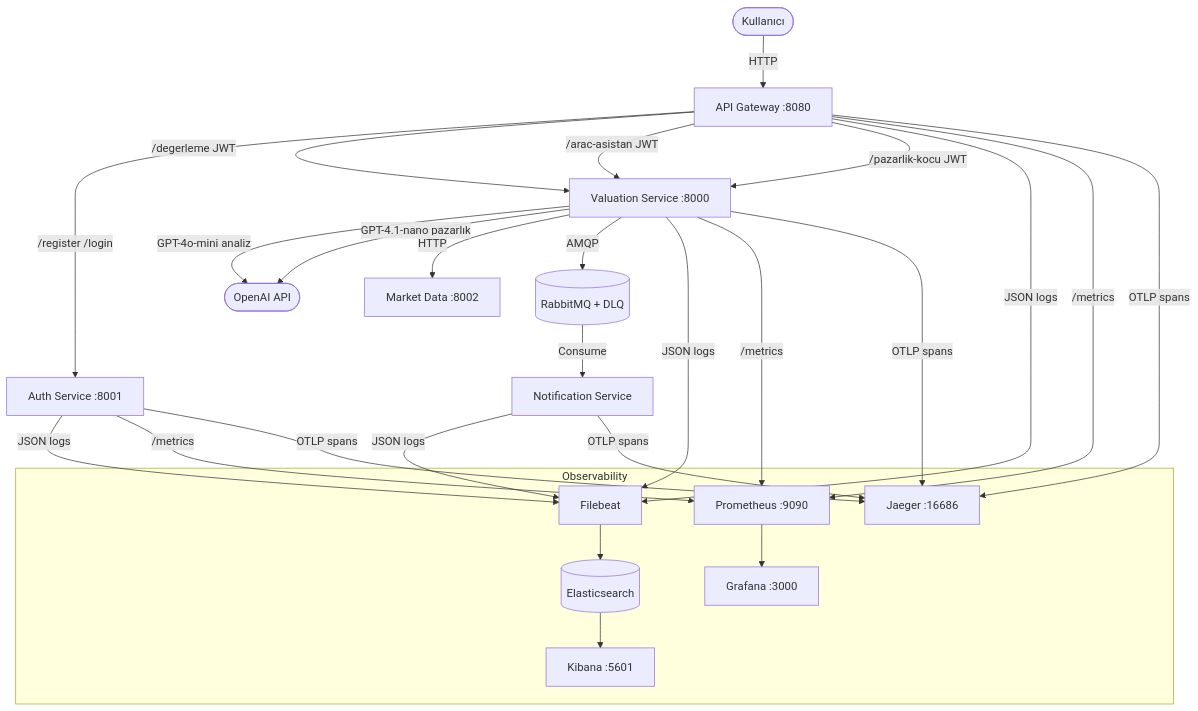
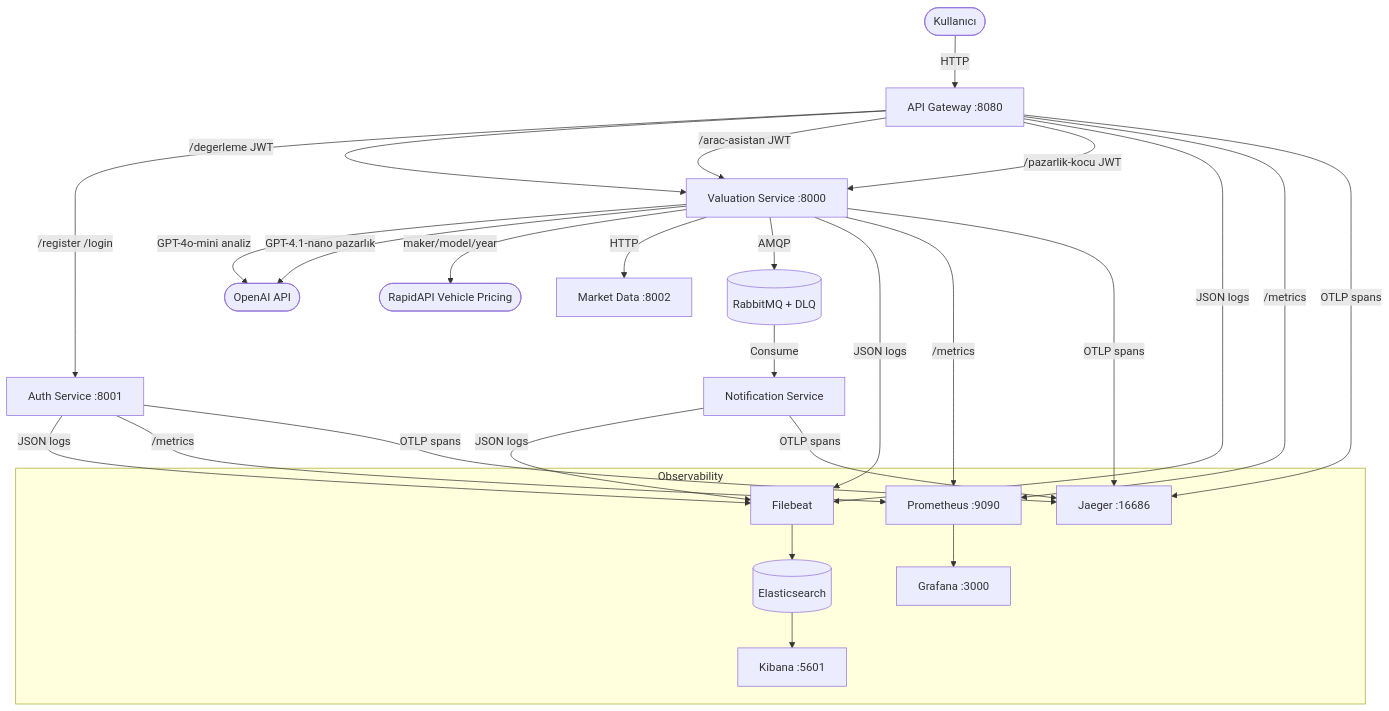
The diagram in README.md (kayracolak/car-valuation-microservice), drawn with Mermaid before and after one commit. The commit also changed other lines of this file, not shown here.

````diff
--- a/README.md
+++ b/README.md
@@ -83,26 +89,27 @@
 ```mermaid
 graph TD
     Client([Kullanıcı]) -->|HTTP| GW[API Gateway :8080]
 
     GW -->|/register /login| Auth[Auth Service :8001]
     GW -->|/degerleme JWT| Val[Valuation Service :8000]
     GW -->|/arac-asistan JWT| Val
     GW -->|/pazarlik-kocu JWT| Val
 
     Val -->|GPT-4o-mini analiz| OAI([OpenAI API])
     Val -->|GPT-4.1-nano pazarlık| OAI
+    Val -->|maker/model/year| RAPI([RapidAPI Vehicle Pricing])
     Val -->|HTTP| MDS[Market Data :8002]
     Val -->|AMQP| MQ[(RabbitMQ + DLQ)]
     MQ -->|Consume| Notif[Notification Service]
 
     subgraph Observability
         Filebeat --> ES[(Elasticsearch)]
         ES --> Kibana[Kibana :5601]
         Prom[Prometheus :9090] --> Grafana[Grafana :3000]
         Jaeger[Jaeger :16686]
     end
 
     GW & Auth & Val & Notif -->|JSON logs| Filebeat
     GW & Auth & Val -->|/metrics| Prom
     GW & Auth & Val & Notif -->|OTLP spans| Jaeger
 ```
````
